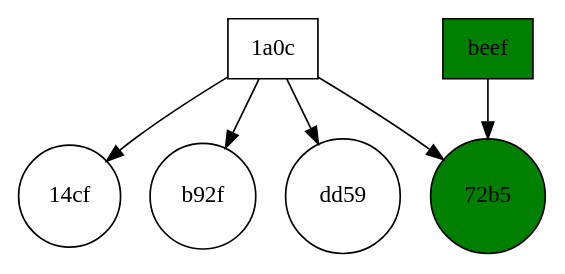
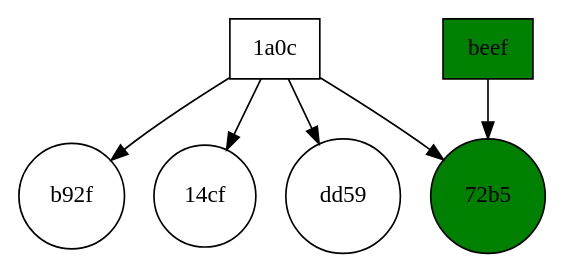
One commit to ziyadalrasbi/F20SC-CW2 changed the diagram in doctest-output/visitor.gv. Above: the diagram before and after it, drawn with Graphviz. The commit also changed 2 other files, not shown here.

```diff
--- a/doctest-output/visitor.gv
+++ b/doctest-output/visitor.gv
@@ -1,19 +1,19 @@
 digraph visitor {
 	graph [rank=min]
 	node [shape=rectangle]
 	"4108dc09bfe11a0c" [label="1a0c" fillcolor=white shape=rectangle style=filled]
+	"4108dc09bfe11a0c" -> "100806172045-0000000081705fbea3553bd0d745b92f"
 	"4108dc09bfe11a0c" -> "101122221951-00000000a695c340822e61891c8f14cf"
-	"4108dc09bfe11a0c" -> "100806172045-0000000081705fbea3553bd0d745b92f"
 	"4108dc09bfe11a0c" -> "100405170355-00000000ee4bfd24d2ff703b9147dd59"
 	"4108dc09bfe11a0c" -> "100806162735-00000000115598650cb8b514246272b5"
 	"00000000deadbeef" [label=beef fillcolor=green shape=rectangle style=filled]
 	"00000000deadbeef" -> "100806162735-00000000115598650cb8b514246272b5"
 	subgraph document {
-		graph [rank=max shape=circle]
+		graph [rank=max]
 		node [shape=circle]
 		"100806162735-00000000115598650cb8b514246272b5" [label="72b5" fillcolor=green shape=circle style=filled]
+		"100806172045-0000000081705fbea3553bd0d745b92f" [label=b92f fillcolor=white shape=circle style=filled]
 		"101122221951-00000000a695c340822e61891c8f14cf" [label="14cf" fillcolor=white shape=circle style=filled]
-		"100806172045-0000000081705fbea3553bd0d745b92f" [label=b92f fillcolor=white shape=circle style=filled]
 		"100405170355-00000000ee4bfd24d2ff703b9147dd59" [label=dd59 fillcolor=white shape=circle style=filled]
 	}
 }
```
